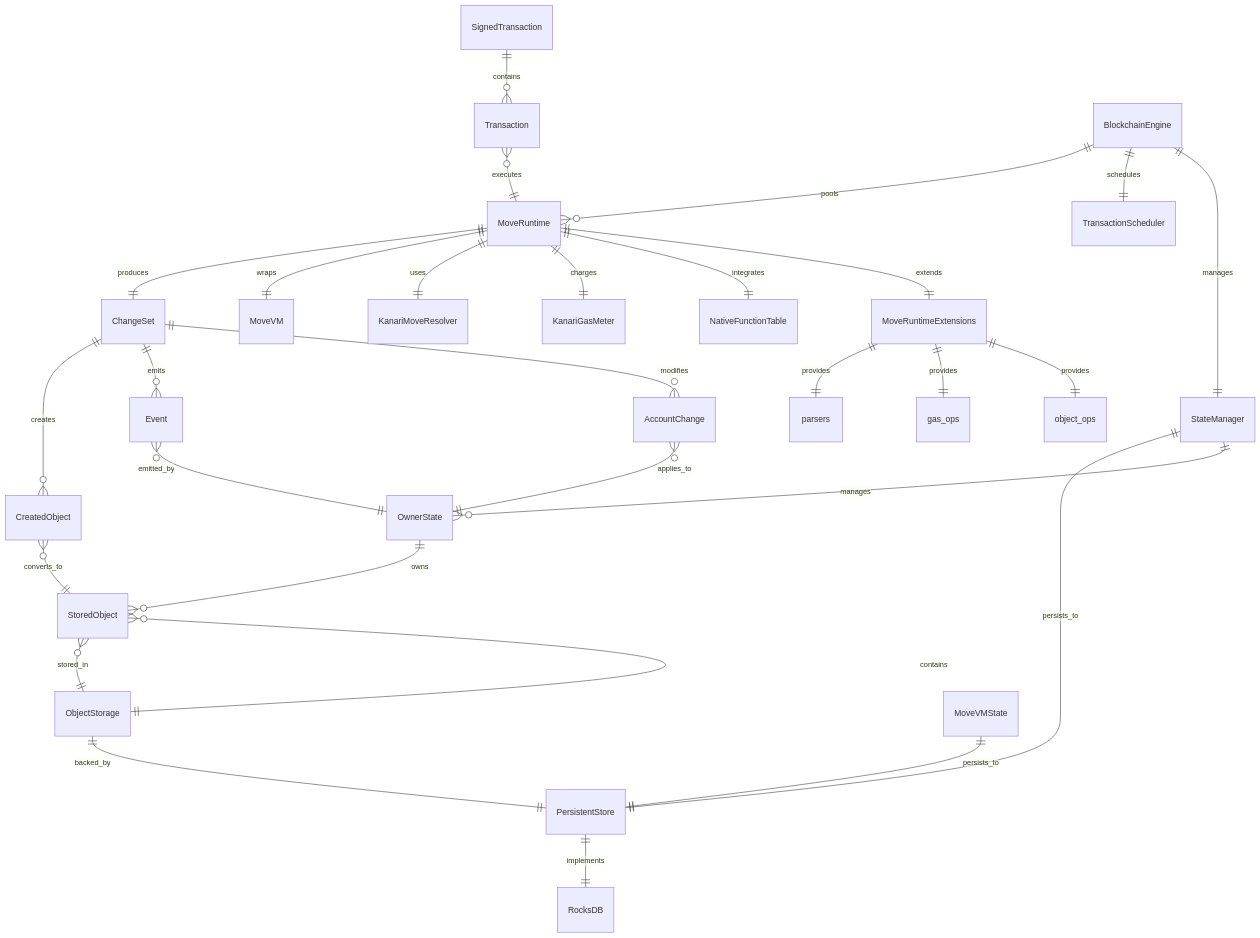
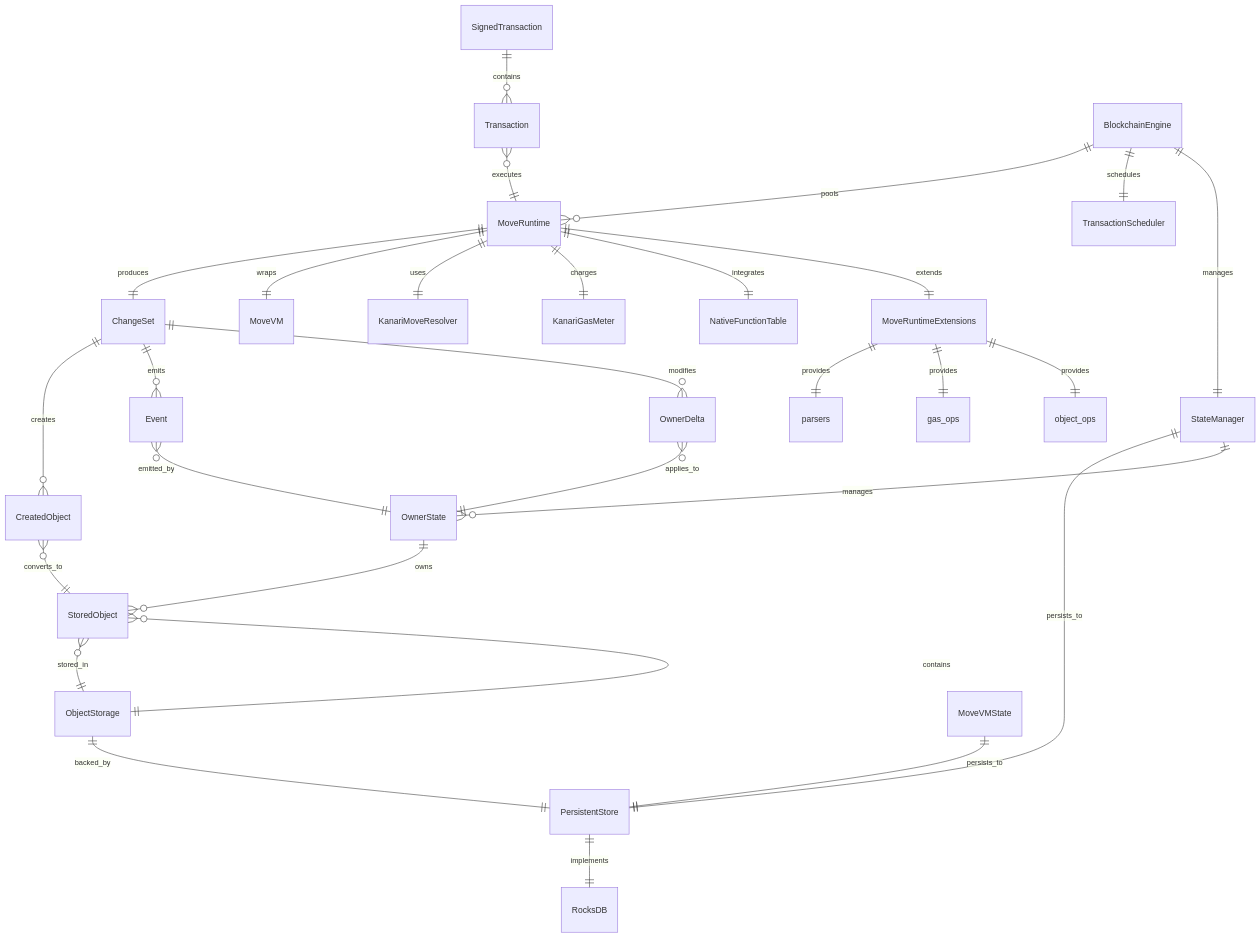
The first of 3 diagrams in move-execution/v1/kanari-move-runtime-v1/ER_DIAGRAM.md (kanari-network/kanari-sdk), drawn with Mermaid before and after one commit. The commit also changed other lines of this file and 38 other files, not shown here.

````diff
--- a/move-execution/v1/kanari-move-runtime-v1/ER_DIAGRAM.md
+++ b/move-execution/v1/kanari-move-runtime-v1/ER_DIAGRAM.md
@@ -7,44 +7,44 @@
 ```mermaid
 erDiagram
     %% Core Execution Flow
     SignedTransaction ||--o{ Transaction : contains
     Transaction }o--|| MoveRuntime : executes
     MoveRuntime ||--|| ChangeSet : produces
     ChangeSet ||--o{ CreatedObject : creates
     ChangeSet ||--o{ Event : emits
-    ChangeSet ||--o{ AccountChange : modifies
+    ChangeSet ||--o{ OwnerDelta : modifies
     
     %% State Management
     StateManager ||--|| PersistentStore : persists_to
     StateManager ||--o{ OwnerState : manages
     OwnerState ||--o{ StoredObject : owns
     StoredObject }o--|| ObjectStorage : stored_in
     
     %% Move VM Integration
     MoveRuntime ||--|| MoveVM : wraps
     MoveRuntime ||--|| KanariMoveResolver : uses
     MoveRuntime ||--|| KanariGasMeter : charges
     MoveRuntime ||--|| NativeFunctionTable : integrates
     
     %% Storage Layer
     ObjectStorage ||--|| PersistentStore : backed_by
     PersistentStore ||--|| RocksDB : implements
     ObjectStorage ||--o{ StoredObject : contains
     MoveVMState ||--|| PersistentStore : persists_to
     
     %% Runtime Extensions
     MoveRuntime ||--|| MoveRuntimeExtensions : extends
     MoveRuntimeExtensions ||--|| parsers : provides
     MoveRuntimeExtensions ||--|| gas_ops : provides
     MoveRuntimeExtensions ||--|| object_ops : provides
     
     %% Parallel Execution
     BlockchainEngine ||--o{ MoveRuntime : pools
     BlockchainEngine ||--|| TransactionScheduler : schedules
     BlockchainEngine ||--|| StateManager : manages
     
     %% Relationships Notes
     CreatedObject }o--|| StoredObject : converts_to
-    AccountChange }o--|| OwnerState : applies_to
+    OwnerDelta }o--|| OwnerState : applies_to
     Event }o--|| OwnerState : emitted_by
 ```
````
